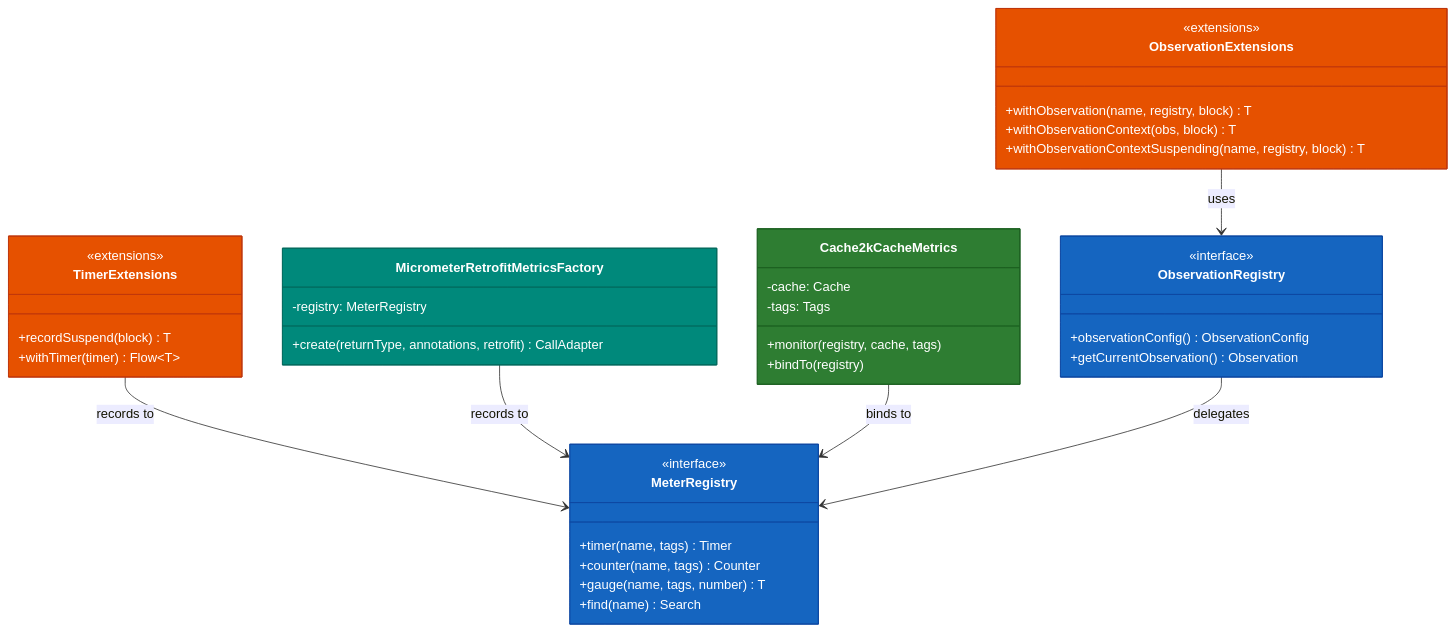
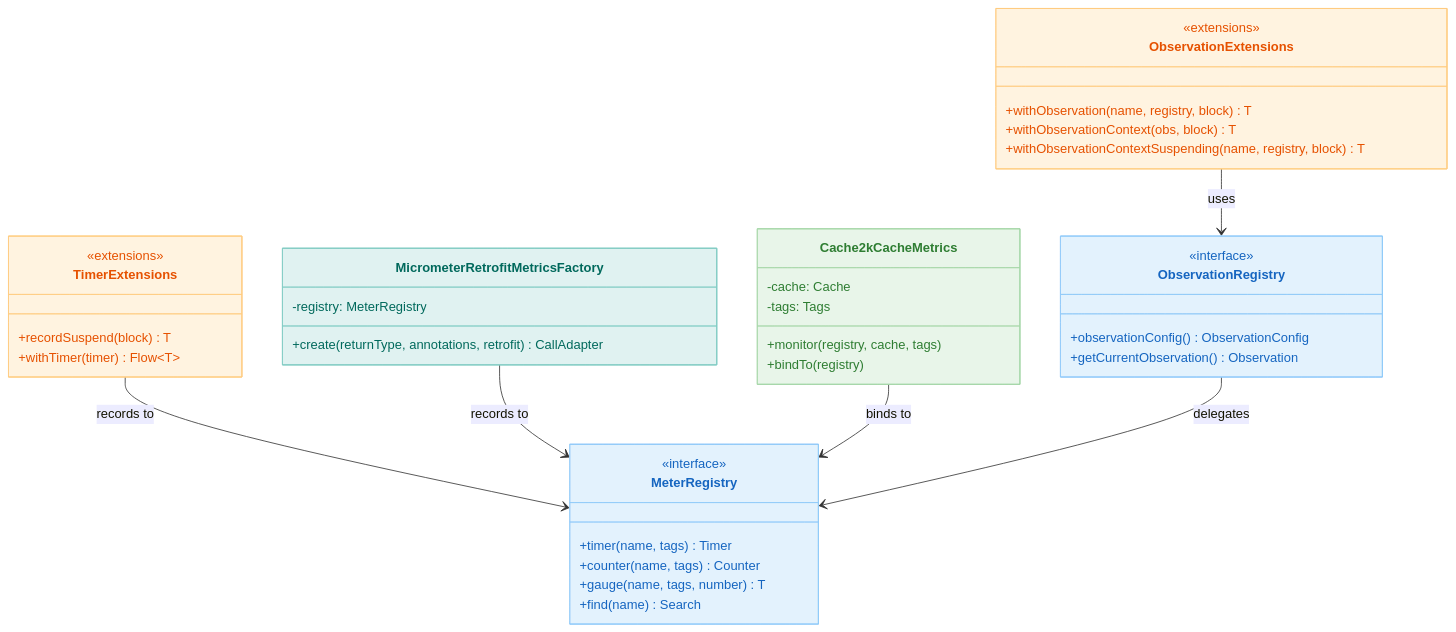
The first of 4 diagrams in infra/micrometer/README.ko.md (bluetape4k/bluetape4k-projects), drawn with Mermaid before and after one commit. The commit also changed other lines of this file and 219 other files, not shown here.

First line of the commit message:
docs: 전체 README Mermaid 다이어그램 가이드 적용

````diff
--- a/infra/micrometer/README.ko.md
+++ b/infra/micrometer/README.ko.md
@@ -237,55 +237,55 @@
 ```mermaid
 classDiagram
     class TimerExtensions {
         <<extensions>>
         +recordSuspend(block) T
         +withTimer(timer) Flow~T~
     }
 
     class ObservationExtensions {
         <<extensions>>
         +withObservation(name, registry, block) T
         +withObservationContext(obs, block) T
         +withObservationContextSuspending(name, registry, block) T
     }
 
     class MicrometerRetrofitMetricsFactory {
         -registry: MeterRegistry
         +create(returnType, annotations, retrofit) CallAdapter
     }
 
     class Cache2kCacheMetrics {
         -cache: Cache
         -tags: Tags
         +monitor(registry, cache, tags)
         +bindTo(registry)
     }
 
     class MeterRegistry {
         <<interface>>
         +timer(name, tags) Timer
         +counter(name, tags) Counter
         +gauge(name, tags, number) T
         +find(name) Search
     }
 
     class ObservationRegistry {
         <<interface>>
         +observationConfig() ObservationConfig
         +getCurrentObservation() Observation
     }
 
     TimerExtensions --> MeterRegistry: records to
     ObservationExtensions --> ObservationRegistry: uses
     MicrometerRetrofitMetricsFactory --> MeterRegistry: records to
     Cache2kCacheMetrics --> MeterRegistry: binds to
     ObservationRegistry --> MeterRegistry: delegates
 
-    style TimerExtensions fill:#E65100,stroke:#BF360C,color:#FFFFFF
-    style ObservationExtensions fill:#E65100,stroke:#BF360C,color:#FFFFFF
-    style MicrometerRetrofitMetricsFactory fill:#00897B,stroke:#00695C,color:#FFFFFF
-    style Cache2kCacheMetrics fill:#2E7D32,stroke:#1B5E20,color:#FFFFFF
-    style MeterRegistry fill:#1565C0,stroke:#0D47A1,color:#FFFFFF
-    style ObservationRegistry fill:#1565C0,stroke:#0D47A1,color:#FFFFFF
+    style TimerExtensions fill:#FFF3E0,stroke:#FFCC80,color:#E65100
+    style ObservationExtensions fill:#FFF3E0,stroke:#FFCC80,color:#E65100
+    style MicrometerRetrofitMetricsFactory fill:#E0F2F1,stroke:#80CBC4,color:#00695C
+    style Cache2kCacheMetrics fill:#E8F5E9,stroke:#A5D6A7,color:#2E7D32
+    style MeterRegistry fill:#E3F2FD,stroke:#90CAF9,color:#1565C0
+    style ObservationRegistry fill:#E3F2FD,stroke:#90CAF9,color:#1565C0
 
 ```
````
